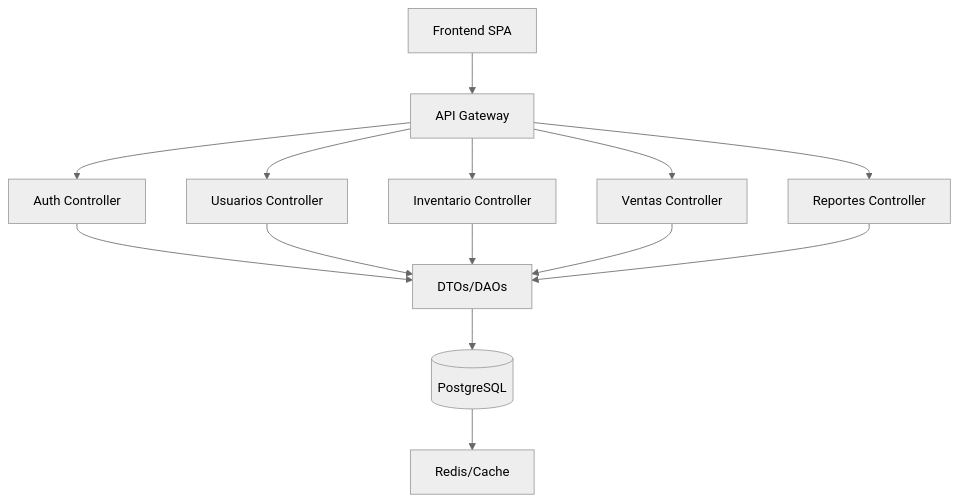
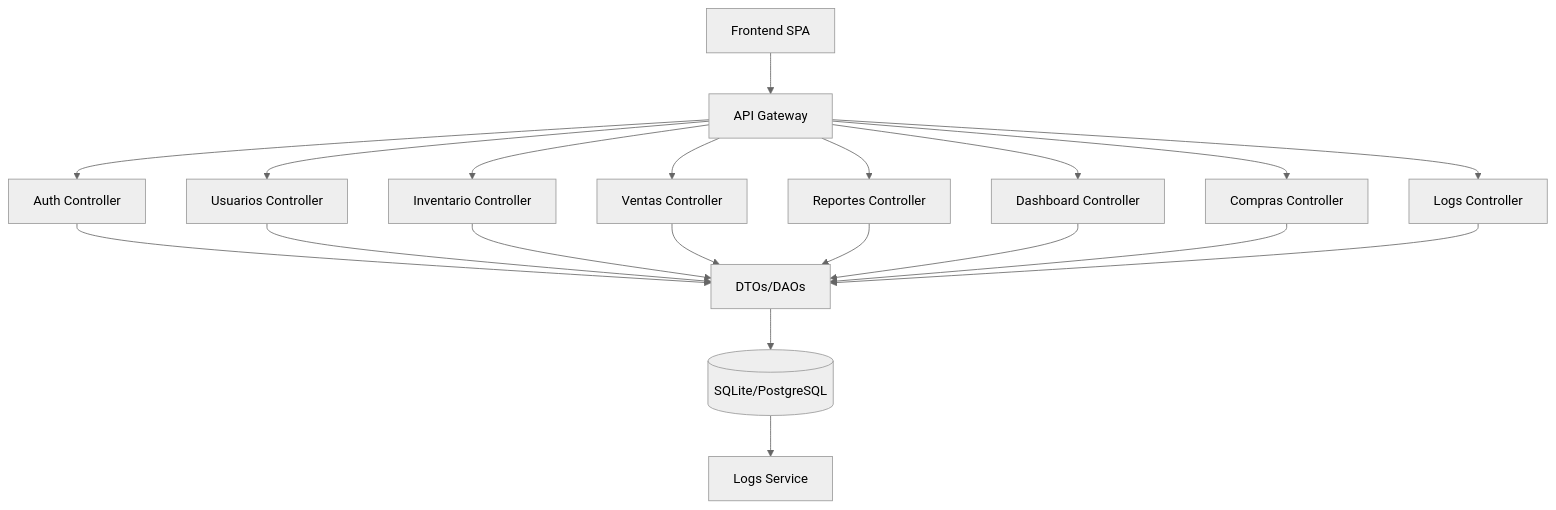
The diagram in api/README.md (EdgarGmz/project-web), drawn with Mermaid (neutral theme) before and after one commit. The commit also changed other lines of this file and 1 other file, not shown here.

````diff
--- a/api/README.md
+++ b/api/README.md
@@ -38,12 +50,15 @@
 ```mermaid
 flowchart TD
      A[Frontend SPA] --> B[API Gateway]
      B --> C1[Auth Controller]
      B --> C2[Usuarios Controller]
      B --> C3[Inventario Controller]
      B --> C4[Ventas Controller]
      B --> C5[Reportes Controller]
-     C1 & C2 & C3 & C4 & C5 --> D[DTOs/DAOs]
-     D --> E[(PostgreSQL)]
-     E --> F[Redis/Cache]
+     B --> C6[Dashboard Controller]
+     B --> C7[Compras Controller]
+     B --> C8[Logs Controller]
+     C1 & C2 & C3 & C4 & C5 & C6 & C7 & C8 --> D[DTOs/DAOs]
+     D --> E[(SQLite/PostgreSQL)]
+     E --> F[Logs Service]
 ```
````
